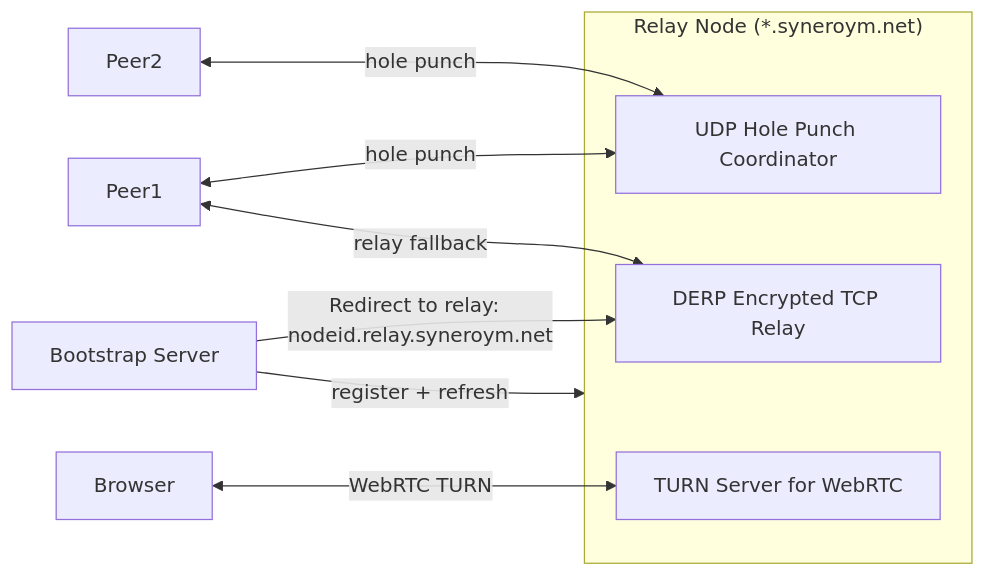
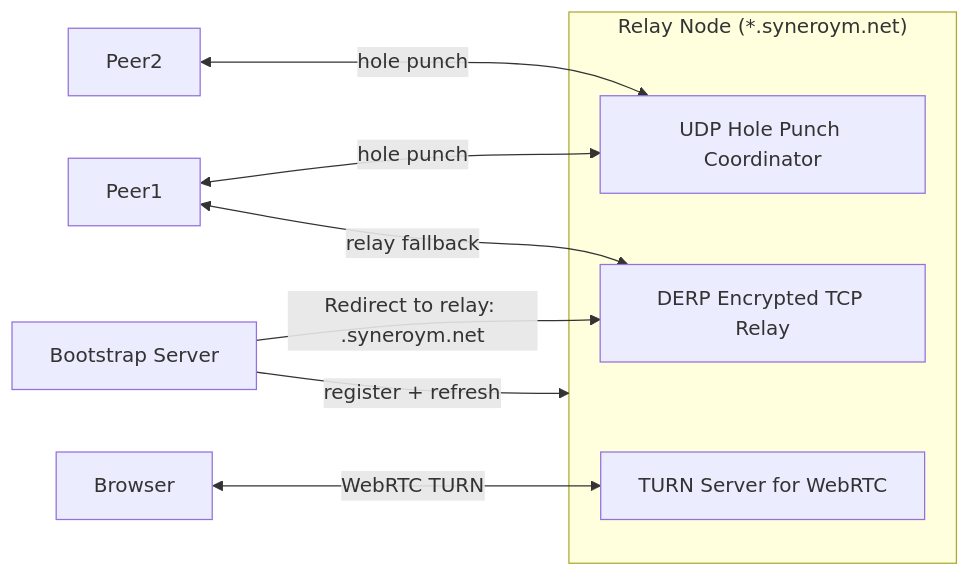
One commit to syneroym/syneroym changed the fourth of 21 diagrams in docs/architecture.md. Above: the diagram before and after it, drawn with Mermaid. The commit also changed other lines of this file, not shown here.

````diff
--- a/docs/architecture.md
+++ b/docs/architecture.md
@@ -158,15 +158,15 @@
 ```mermaid
 flowchart LR
     subgraph Relay["Relay Node (*.syneroym.net)"]
         HP[UDP Hole Punch Coordinator]
         DR[DERP Encrypted TCP Relay]
         TR[TURN Server for WebRTC]
     end
 
     BS[Bootstrap Server] -->|"register + refresh"| Relay
-    BS -->|"Redirect to relay:  nodeid.relay.syneroym.net"| DR
+    BS -->|"Redirect to relay: <relaynodeid>.syneroym.net"| DR
     Peer1 <-->|"hole punch"| HP
     Peer2 <-->|"hole punch"| HP
     Peer1 <-->|"relay fallback"| DR
     Browser <-->|"WebRTC TURN"| TR
 ```
````
